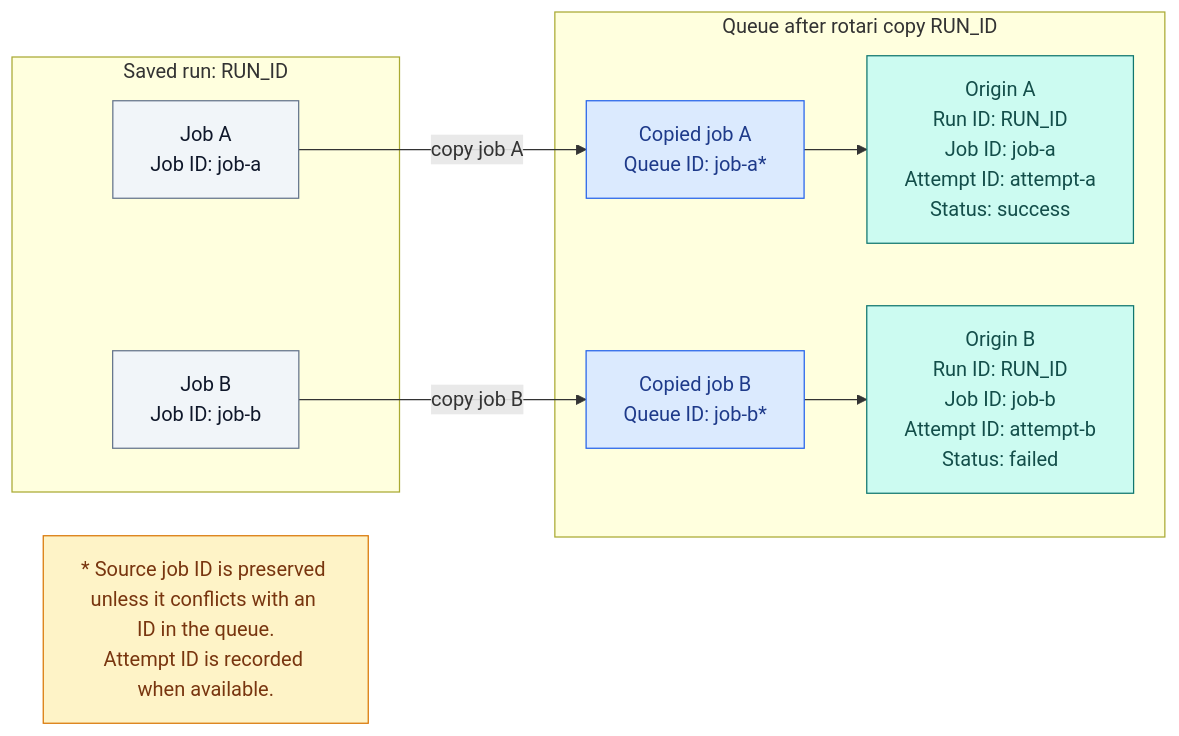
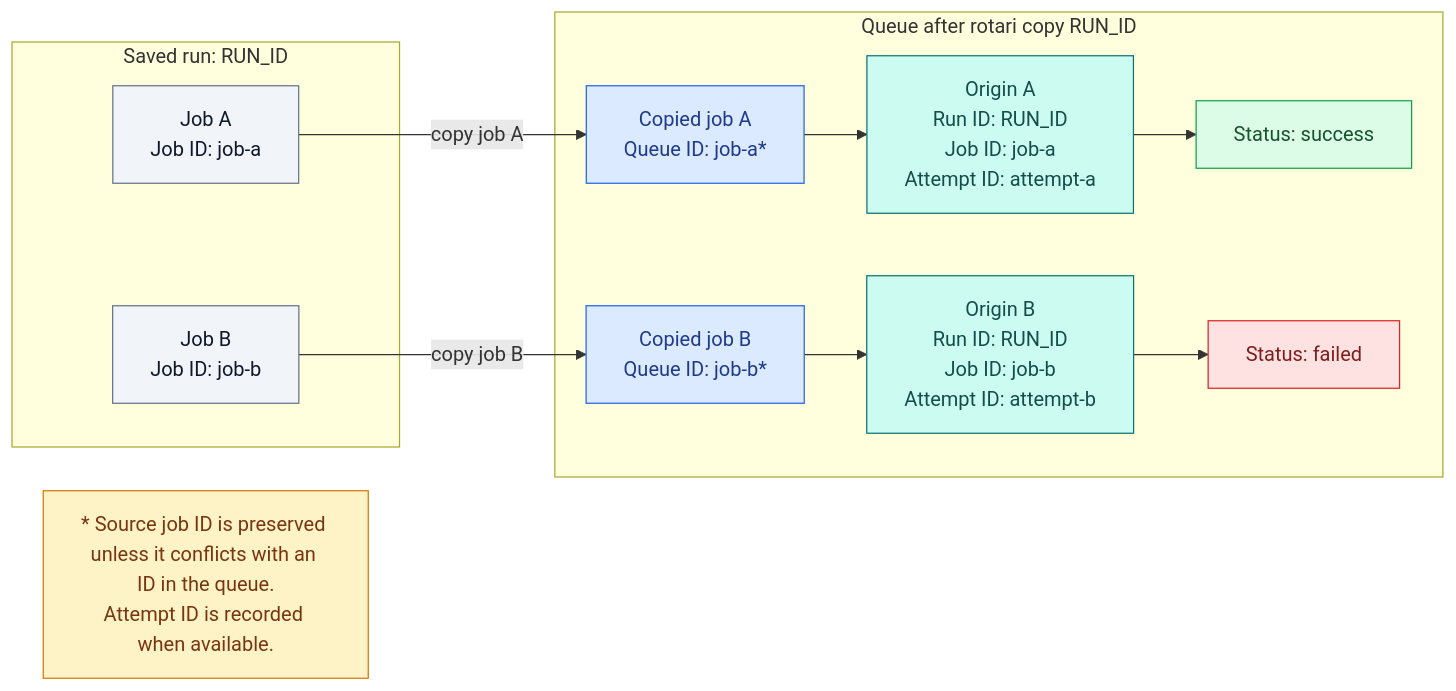
Before and after one commit to kamo-naoyuki/rotari: the first of 4 diagrams in docs/RUNNING.md, drawn with Mermaid.

Commit message:
docs: color copied job statuses

````diff
--- a/docs/RUNNING.md
+++ b/docs/RUNNING.md
@@ -166,30 +166,38 @@
 ```mermaid
 flowchart LR
   subgraph SavedRun["Saved run: RUN_ID"]
     SourceA["Job A<br/>Job ID: job-a"]
     SourceB["Job B<br/>Job ID: job-b"]
   end
 
   subgraph CurrentQueue["Queue after rotari copy RUN_ID"]
     CopiedA["Copied job A<br/>Queue ID: job-a*"]
-    OriginA["Origin A<br/>Run ID: RUN_ID<br/>Job ID: job-a<br/>Attempt ID: attempt-a<br/>Status: success"]
+    OriginA["Origin A<br/>Run ID: RUN_ID<br/>Job ID: job-a<br/>Attempt ID: attempt-a"]
+    StatusA["Status: success"]
     CopiedB["Copied job B<br/>Queue ID: job-b*"]
-    OriginB["Origin B<br/>Run ID: RUN_ID<br/>Job ID: job-b<br/>Attempt ID: attempt-b<br/>Status: failed"]
+    OriginB["Origin B<br/>Run ID: RUN_ID<br/>Job ID: job-b<br/>Attempt ID: attempt-b"]
+    StatusB["Status: failed"]
     CopiedA --> OriginA
+    OriginA --> StatusA
     CopiedB --> OriginB
+    OriginB --> StatusB
   end
 
   SourceA -->|"copy job A"| CopiedA
   SourceB -->|"copy job B"| CopiedB
 
   Note["* Source job ID is preserved unless it conflicts with an ID in the queue.<br/>Attempt ID is recorded when available."]
 
   classDef source fill:#f1f5f9,stroke:#64748b,color:#0f172a
   classDef queue fill:#dbeafe,stroke:#2563eb,color:#1e3a8a
   classDef origin fill:#ccfbf1,stroke:#0f766e,color:#134e4a
   classDef note fill:#fef3c7,stroke:#d97706,color:#78350f
+  classDef success fill:#dcfce7,stroke:#16a34a,color:#14532d
+  classDef failed fill:#fee2e2,stroke:#dc2626,color:#7f1d1d
   class SourceA,SourceB source
   class CopiedA,CopiedB queue
   class OriginA,OriginB origin
+  class StatusA success
+  class StatusB failed
   class Note note
 ```
````
